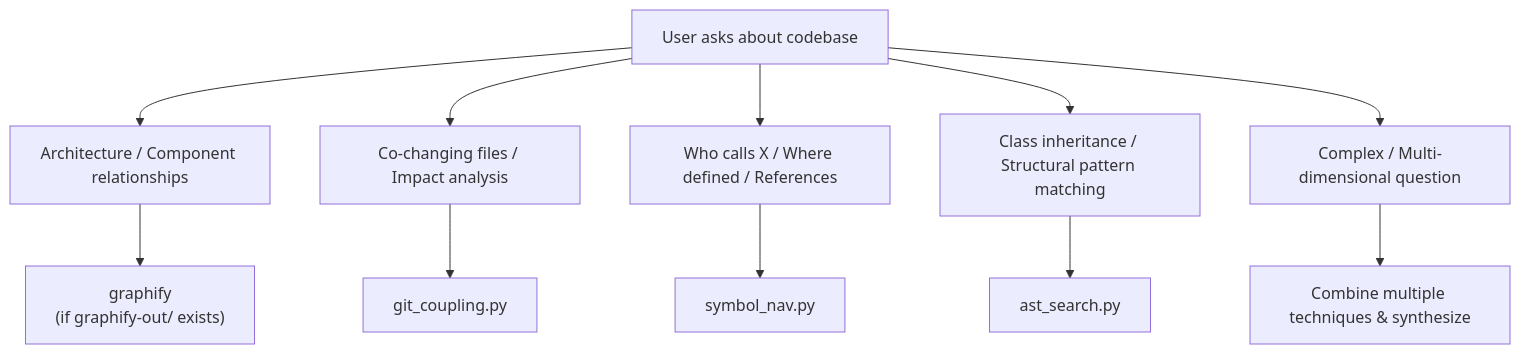
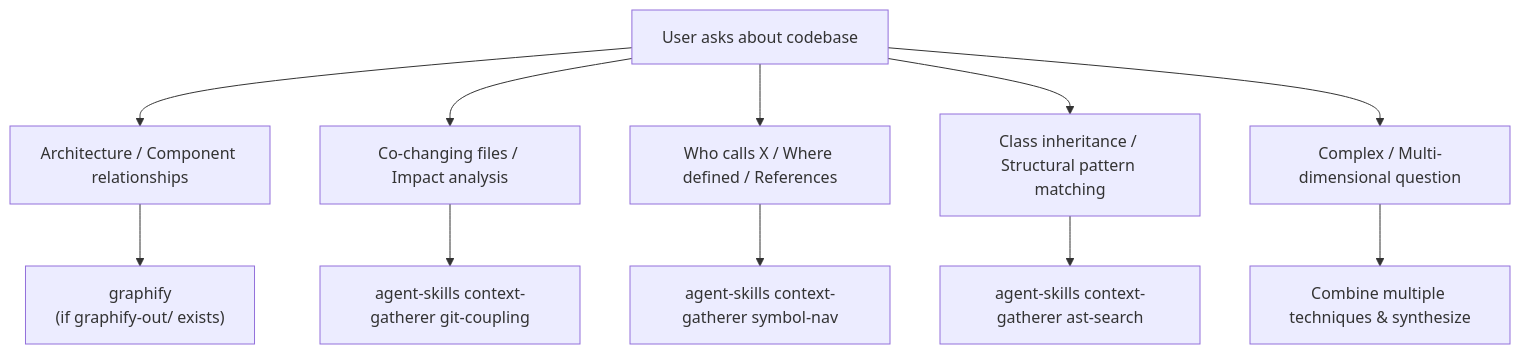
One commit to louis-pvs/agent-skills changed the diagram in skills/context-gatherer/references/technique-heuristics.md. Above: the diagram before and after it, drawn with Mermaid. The commit also changed other lines of this file and 7 other files, not shown here.

Commit message:
feat: migrate context-gatherer skill to Rust CLI and update documentation

````diff
--- a/skills/context-gatherer/references/technique-heuristics.md
+++ b/skills/context-gatherer/references/technique-heuristics.md
@@ -5,14 +5,14 @@
 ```mermaid
 flowchart TD
     Q["User asks about codebase"] --> A["Architecture / Component relationships"]
     Q --> B["Co-changing files / Impact analysis"]
     Q --> C["Who calls X / Where defined / References"]
     Q --> D["Class inheritance / Structural pattern matching"]
     Q --> E["Complex / Multi-dimensional question"]
 
     A --> A_OUT["graphify<br/>(if graphify-out/ exists)"]
-    B --> B_OUT["git_coupling.py"]
-    C --> C_OUT["symbol_nav.py"]
-    D --> D_OUT["ast_search.py"]
+    B --> B_OUT["agent-skills context-gatherer git-coupling"]
+    C --> C_OUT["agent-skills context-gatherer symbol-nav"]
+    D --> D_OUT["agent-skills context-gatherer ast-search"]
     E --> E_OUT["Combine multiple techniques & synthesize"]
 ```
````
